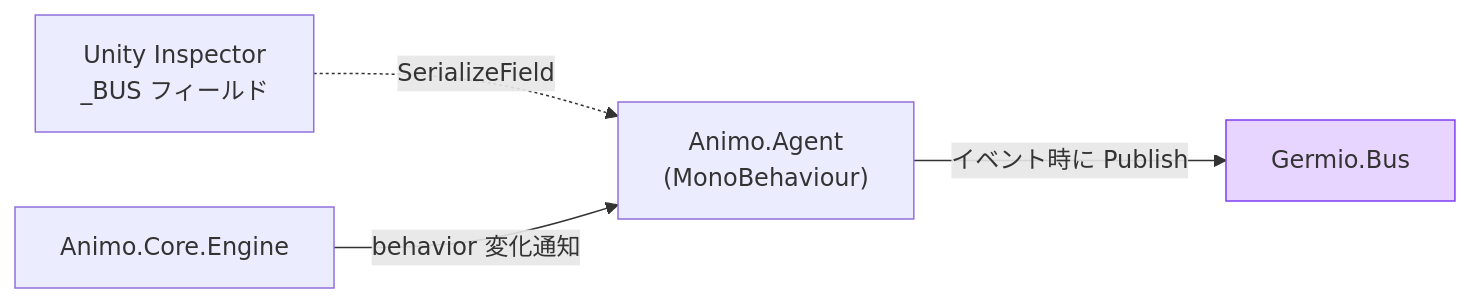
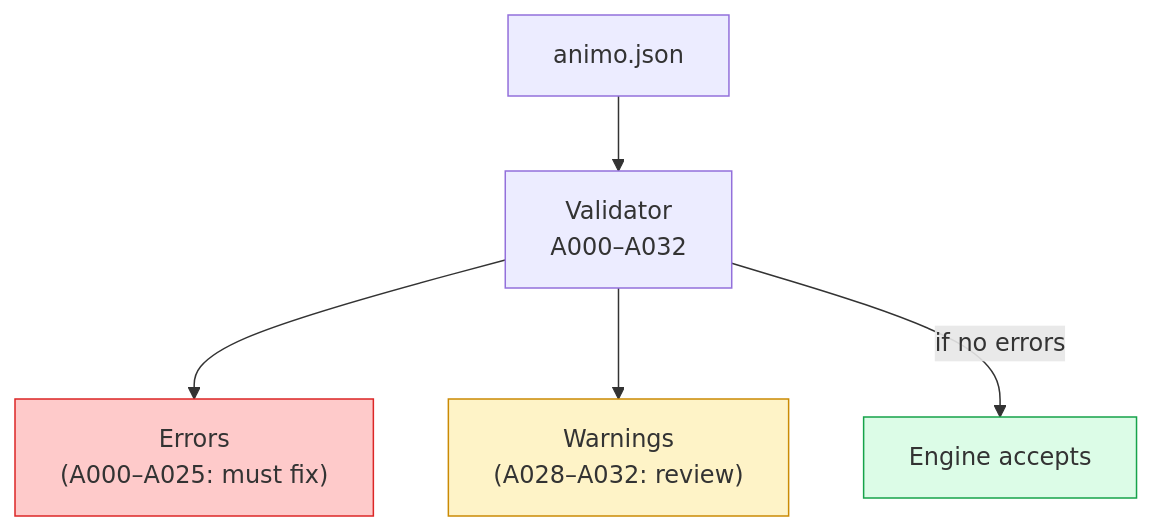
Before and after one commit to hiroxpepe/animo: the ninth of 9 diagrams in README.md, drawn with Mermaid. The commit also changed other lines of this file and 7 other files, not shown here.

Commit message:
docs: Add the mermaid diagrams to the readme and the script

````diff
--- a/README.md
+++ b/README.md
@@ -694,11 +276,15 @@
 ```mermaid
-flowchart LR
-  Inspector["Unity Inspector<br/>_BUS フィールド"]
-  Agent["Animo.Agent<br/>(MonoBehaviour)"]
-  Engine["Animo.Core.Engine"]
-  Bus["Germio.Bus"]
-  Inspector -.->|"SerializeField"| Agent
-  Agent -->|"イベント時に Publish"| Bus
-  Engine -->|"behavior 変化通知"| Agent
-  style Bus fill:#e8d5ff,stroke:#7e3ff2
+flowchart TB
+  J["animo.json"]
+  V["Validator<br/>A000–A032"]
+  E["Errors<br/>(A000–A025: must fix)"]
+  W["Warnings<br/>(A028–A032: review)"]
+  G["Engine accepts"]
+  J --> V
+  V --> E
+  V --> W
+  V -->|"if no errors"| G
+  style E fill:#fecaca,stroke:#dc2626
+  style W fill:#fef3c7,stroke:#ca8a04
+  style G fill:#dcfce7,stroke:#16a34a
 ```
````
